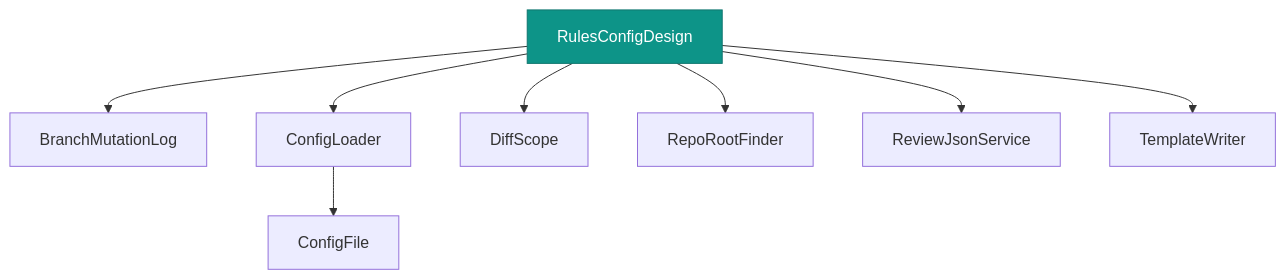
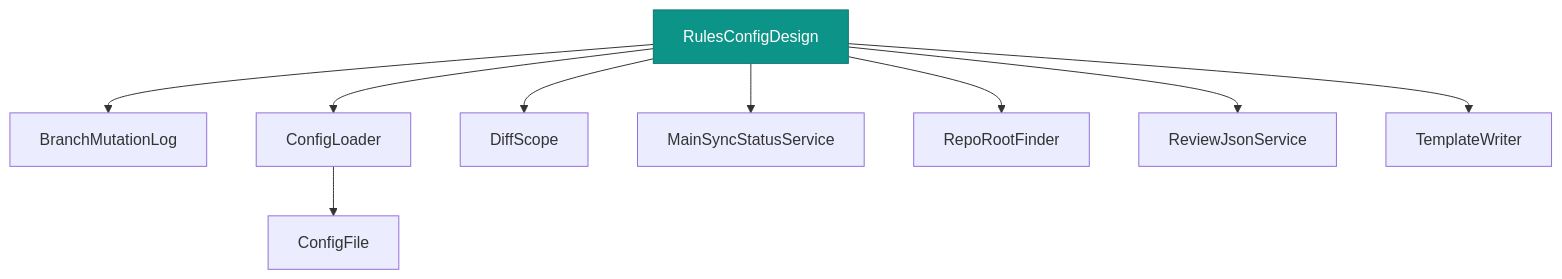
Before and after one commit to deanhiller/webpieces-ts: the diagram in packages/tooling/rules-config/design.md, drawn with Mermaid. The commit also changed 5 other files, not shown here.

First line of the commit message:
rules-config cascade increment 5: main-sync-status → MainSyncStatusService (#373)

````diff
--- a/packages/tooling/rules-config/design.md
+++ b/packages/tooling/rules-config/design.md
@@ -13,25 +13,27 @@
 ```mermaid
 graph TD
     BranchMutationLog["BranchMutationLog"]
     ConfigFile["ConfigFile"]
     ConfigLoader["ConfigLoader"]
     DiffScope["DiffScope"]
+    MainSyncStatusService["MainSyncStatusService"]
     RepoRootFinder["RepoRootFinder"]
     ReviewJsonService["ReviewJsonService"]
     RulesConfigDesign["RulesConfigDesign"]:::apiImpl
     TemplateWriter["TemplateWriter"]
     ConfigLoader --> ConfigFile
     RulesConfigDesign --> BranchMutationLog
     RulesConfigDesign --> ConfigLoader
     RulesConfigDesign --> DiffScope
+    RulesConfigDesign --> MainSyncStatusService
     RulesConfigDesign --> RepoRootFinder
     RulesConfigDesign --> ReviewJsonService
     RulesConfigDesign --> TemplateWriter
     classDef controller fill:#1f6feb,color:#ffffff,stroke:#0d419d
     classDef apiImpl fill:#0d9488,color:#ffffff,stroke:#0f766e
     classDef component fill:#2da44e,color:#ffffff,stroke:#1a7f37
     classDef unresolved fill:#f0ad4e,color:#000000,stroke:#b8860b,stroke-dasharray: 5 5
     classDef external fill:#b39ddb,color:#000000,stroke:#5e35b1,stroke-width:3px
     classDef api fill:#4fc3f7,color:#000000,stroke:#0277bd,stroke-width:3px
     classDef many fill:#eceff1,color:#000000,stroke:#546e7a,stroke-width:2px,stroke-dasharray: 4 2
 ```
````
